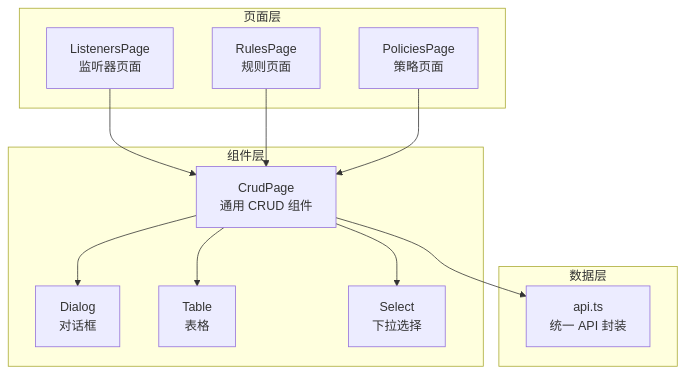
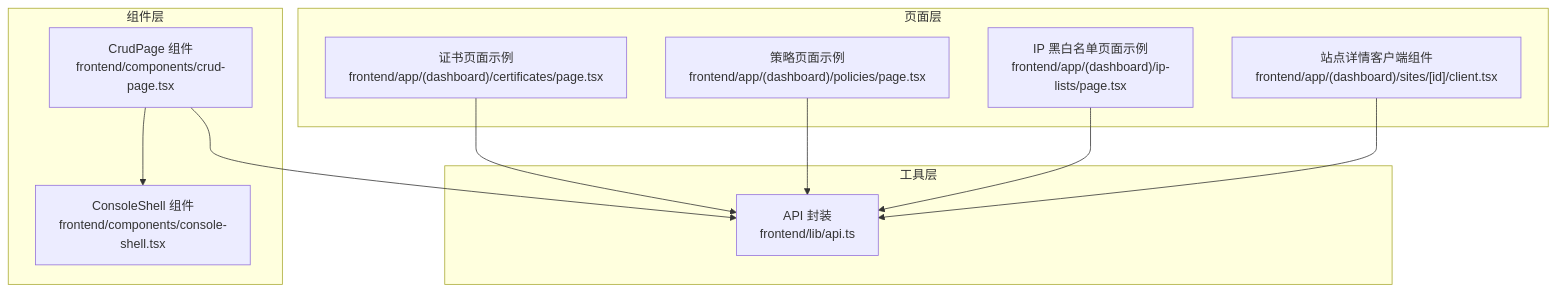
The first of 6 diagrams in docs/前端管理界面/组件设计模式/CRUD 页面组件.md (x01n/My-OpenWaf), drawn with Mermaid before and after one commit. The commit also changed other lines of this file and 199 other files, not shown here.

````diff
--- a/docs/前端管理界面/组件设计模式/CRUD 页面组件.md
+++ b/docs/前端管理界面/组件设计模式/CRUD 页面组件.md
@@ -39,24 +37,22 @@
 ```mermaid
 graph TB
+subgraph "组件层"
+CP["CrudPage 组件<br/>frontend/components/crud-page.tsx"]
+CS["ConsoleShell 组件<br/>frontend/components/console-shell.tsx"]
+end
 subgraph "页面层"
-L["ListenersPage<br/>监听器页面"]
-R["RulesPage<br/>规则页面"]
-P["PoliciesPage<br/>策略页面"]
+CERT["证书页面示例<br/>frontend/app/(dashboard)/certificates/page.tsx"]
+POL["策略页面示例<br/>frontend/app/(dashboard)/policies/page.tsx"]
+IPL["IP 黑白名单页面示例<br/>frontend/app/(dashboard)/ip-lists/page.tsx"]
+SITE["站点详情客户端组件<br/>frontend/app/(dashboard)/sites/[id]/client.tsx"]
 end
-subgraph "组件层"
-CP["CrudPage<br/>通用 CRUD 组件"]
-D["Dialog<br/>对话框"]
-T["Table<br/>表格"]
-S["Select<br/>下拉选择"]
+subgraph "工具层"
+API["API 封装<br/>frontend/lib/api.ts"]
 end
-subgraph "数据层"
-API["api.ts<br/>统一 API 封装"]
-end
-L --> CP
-R --> CP
-P --> CP
-CP --> D
-CP --> T
-CP --> S
 CP --> API
+CERT --> API
+POL --> API
+IPL --> API
+SITE --> API
+CP --> CS
 ```
````
